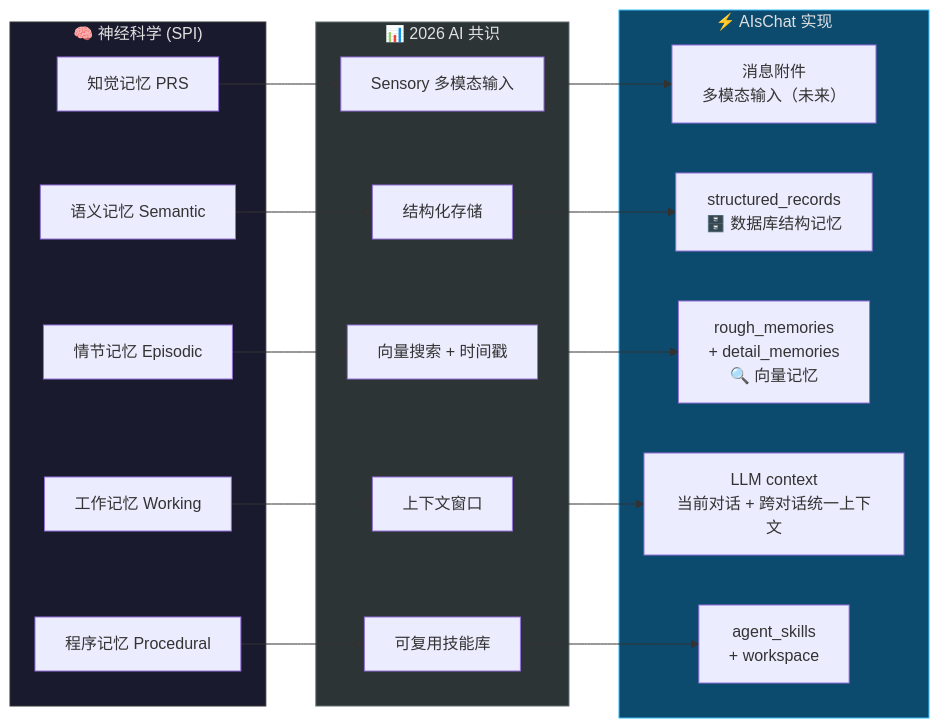
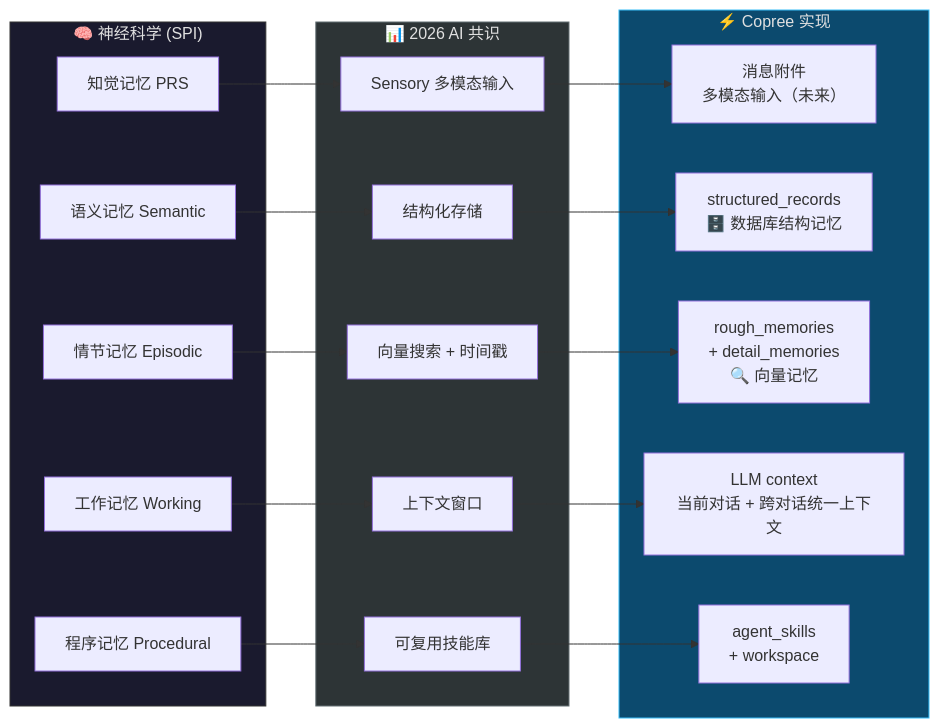
Before and after one commit to Coprexist/AIsChat: the second of 7 diagrams in docs/archive/old_designs/记忆架构设计.md, drawn with Mermaid. The commit also changed other lines of this file and 471 other files, not shown here.

First line of the commit message:
feat(brand) 项目更名 AIsChat → Copree（显示层全量替换 + 品牌文档 + 插件改名）

````diff
--- a/docs/archive/old_designs/记忆架构设计.md
+++ b/docs/archive/old_designs/记忆架构设计.md
@@ -72,36 +72,36 @@
 ```mermaid
 flowchart LR
     subgraph Neuro["🧠 神经科学 (SPI)"]
         N_PRS["知觉记忆 PRS"]
         N_Sem["语义记忆 Semantic"]
         N_Epi["情节记忆 Episodic"]
         N_Work["工作记忆 Working"]
         N_Proc["程序记忆 Procedural"]
     end
 
     subgraph AI2026["📊 2026 AI 共识"]
         A_Sensory["Sensory 多模态输入"]
         A_Sem["结构化存储"]
         A_Epi["向量搜索 + 时间戳"]
         A_Work["上下文窗口"]
         A_Proc["可复用技能库"]
     end
 
-    subgraph AIsChat["⚡ AIsChat 实现"]
+    subgraph Copree["⚡ Copree 实现"]
         C_Sensory["消息附件<br/>多模态输入（未来）"]
         C_Sem["structured_records<br/>🗄️ 数据库结构记忆"]
         C_Epi["rough_memories<br/>+ detail_memories<br/>🔍 向量记忆"]
         C_Work["LLM context<br/>当前对话 + 跨对话统一上下文"]
         C_Proc["agent_skills<br/>+ workspace"]
     end
 
     N_PRS --> A_Sensory --> C_Sensory
     N_Sem --> A_Sem --> C_Sem
     N_Epi --> A_Epi --> C_Epi
     N_Work --> A_Work --> C_Work
     N_Proc --> A_Proc --> C_Proc
 
     style Neuro fill:#1a1a2e,stroke:#333,color:#e0e0e0
     style AI2026 fill:#2d3436,stroke:#636e72,color:#e0e0e0
-    style AIsChat fill:#0c4a6e,stroke:#38bdf8,color:#e0e0e0
+    style Copree fill:#0c4a6e,stroke:#38bdf8,color:#e0e0e0
 ```
````
